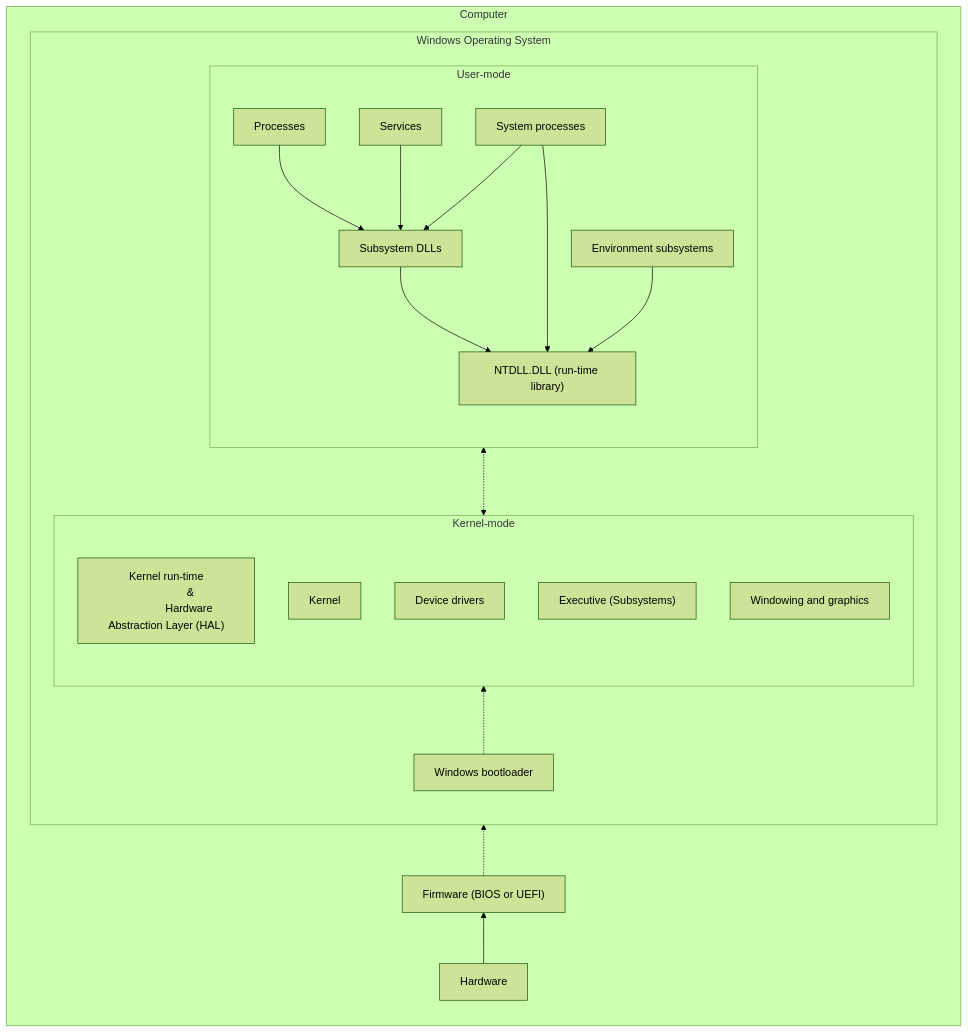
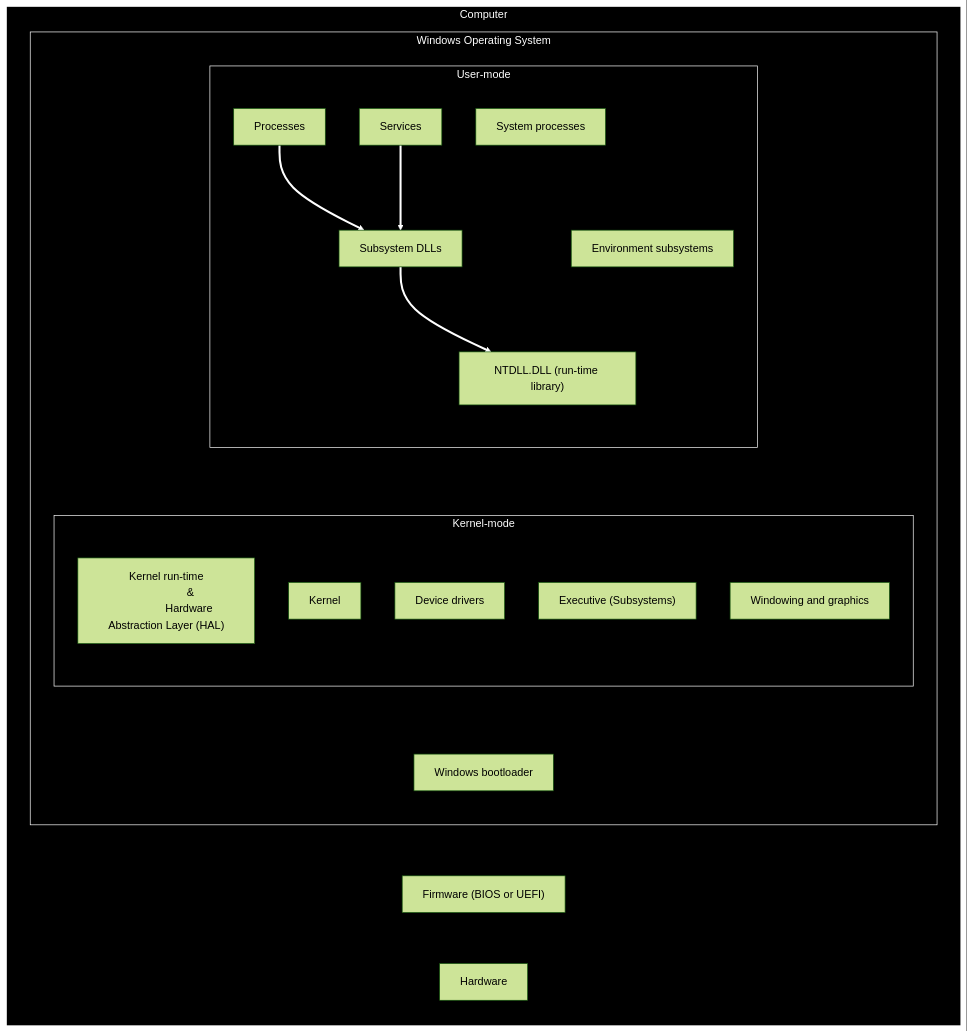
One commit to GiuseppeAmendolara/lowlevelnotes changed the diagram in CCI25/Windows_Internals/Introduction.md. Above: the diagram before and after it, drawn with Mermaid (forest theme). The commit also changed 13 other files, not shown here.

````diff
--- a/CCI25/Windows_Internals/Introduction.md
+++ b/CCI25/Windows_Internals/Introduction.md
@@ -37,36 +37,40 @@
 ```mermaid
 graph BT;
     subgraph Computer
     direction BT
         Hardware --> firmware["Firmware  (BIOS or UEFI)"]
 
         subgraph OS[Windows Operating System]
         direction BT
             bootldr[Windows bootloader]
 
             subgraph km[Kernel-mode]
             direction BT
                 HAL["Kernel run-time
                 &
                 Hardware Abstraction Layer (HAL)"]
                 Kernel
                 dd[Device drivers]
                 es["Executive (Subsystems)"]
                 wg[Windowing and graphics]
             end
 
             subgraph um[User-mode]
                 SDLL[Subsystem DLLs] --> NTDLL["NTDLL.DLL (run-time library)"]
                 up[Processes] --> SDLL
                 servp[Services] --> SDLL
                 sysp[System processes] --> SDLL
                 sysp --> NTDLL
                 env[Environment subsystems] --> NTDLL
             end
         end
     end
 
     firmware -.-> bootldr
     bootldr -.-> HAL
     km <-.-> um
+
+    classDef DarkMode fill:#000000,stroke:#FFFFFF,color:#FFFFFF;
+	linkStyle 1,2,3 stroke:#FFFFFF,stroke-width:3px;
+	class Computer,OS,km,um DarkMode;
 ```
````
